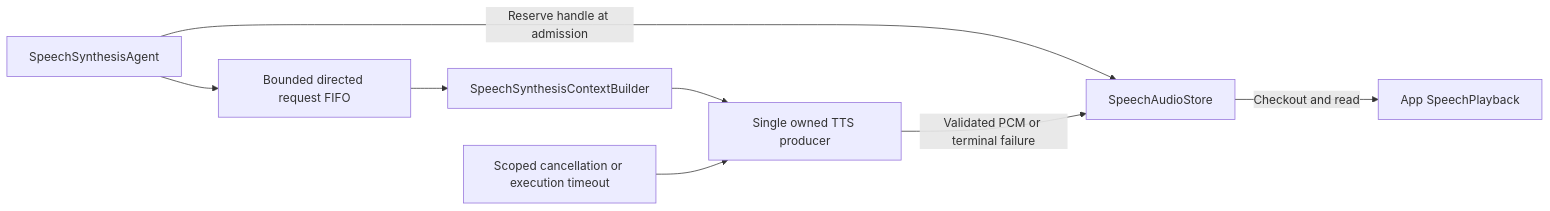
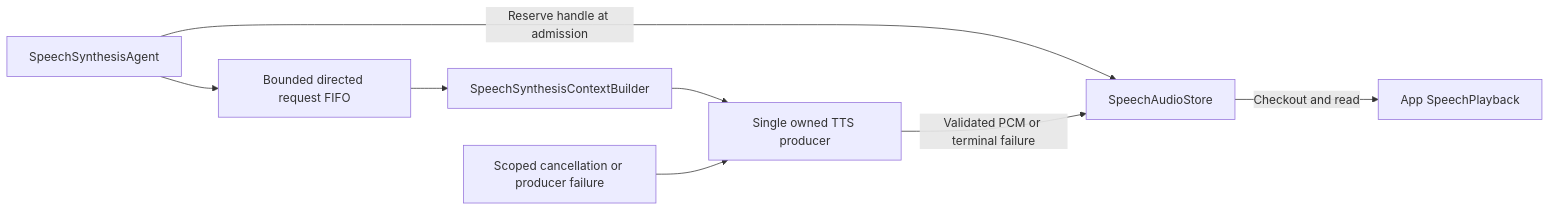
Before and after one commit to devilyouwei/MobileHarness: the second of 2 diagrams in MobileHarness/Agents/SpeechSynthesis/README.md, drawn with Mermaid. The commit also changed other lines of this file and 456 other files, not shown here.

````diff
--- a/MobileHarness/Agents/SpeechSynthesis/README.md
+++ b/MobileHarness/Agents/SpeechSynthesis/README.md
@@ -26,10 +26,10 @@
 ```mermaid
 flowchart LR
  Agent[SpeechSynthesisAgent] --> Queue[Bounded directed request FIFO]
  Agent -->|Reserve handle at admission| Store[SpeechAudioStore]
  Queue --> Builder[SpeechSynthesisContextBuilder]
  Builder --> Producer[Single owned TTS producer]
  Producer -->|Validated PCM or terminal failure| Store
- Cancel[Scoped cancellation or execution timeout] --> Producer
+ Cancel[Scoped cancellation or producer failure] --> Producer
  Store -->|Checkout and read| Playback[App SpeechPlayback]
 ```
````
